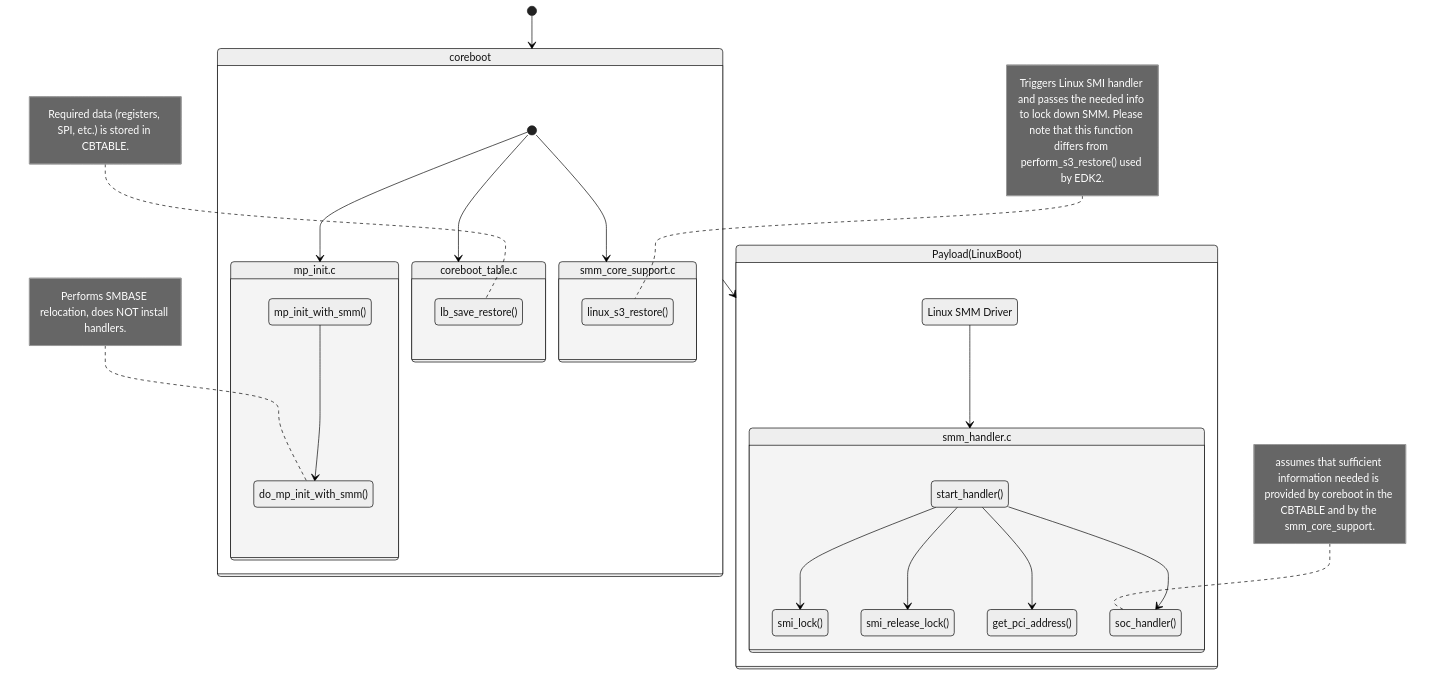
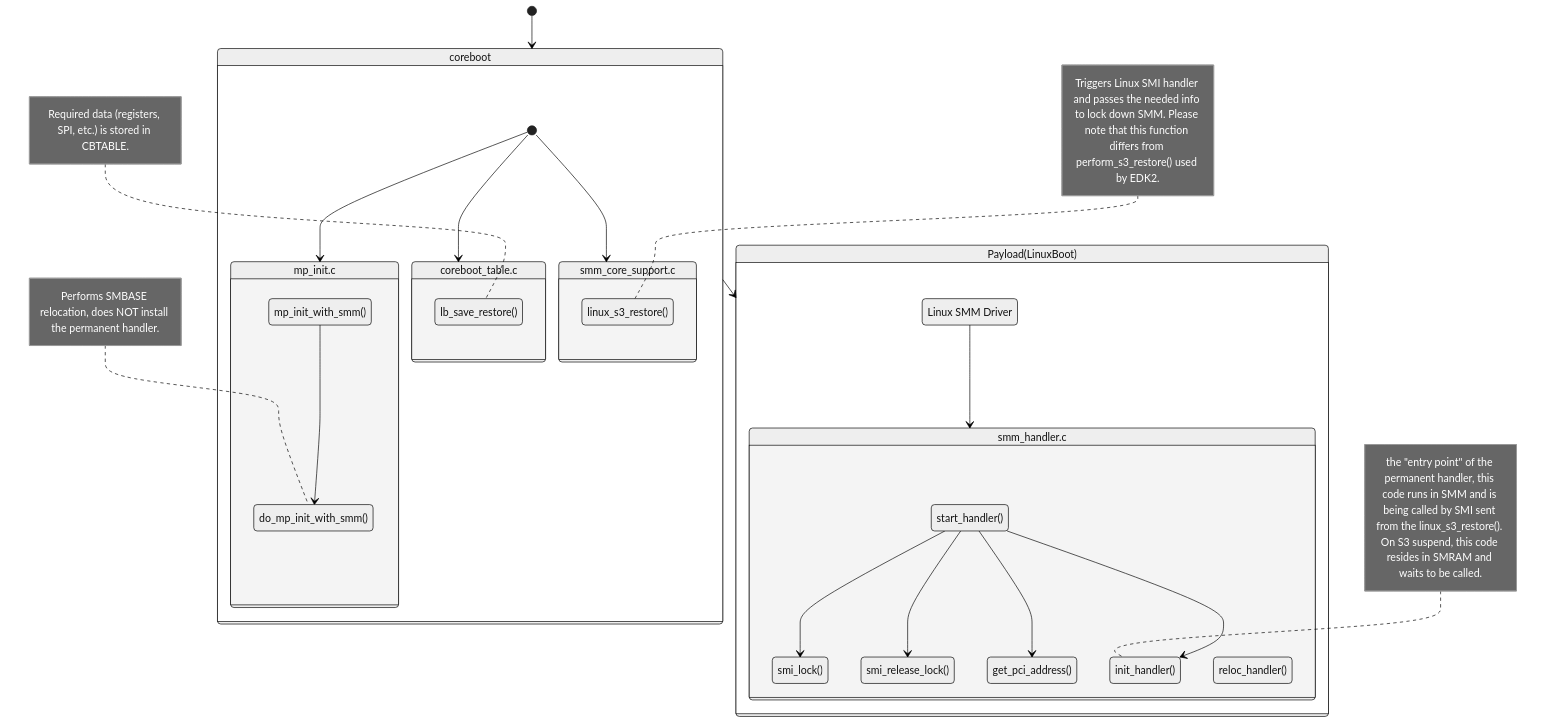
Before and after one commit to 9elements/LinuxBootSMM: the second of 2 diagrams in README.md, drawn with Mermaid (neutral theme). The commit also changed other lines of this file, not shown here.

First line of the commit message:
docs: updated diagrams

````diff
--- a/README.md
+++ b/README.md
@@ -296,35 +290,36 @@
 ```mermaid
 stateDiagram-v2
     [*] --> coreboot
     coreboot --> Payload(LinuxBoot)
     state coreboot {
         [*] --> mp_init.c
         [*] --> coreboot_table.c
         [*] --> smm_core_support.c
 
         state mp_init.c {
             mp_init_with_smm() --> do_mp_init_with_smm()
-            note left of do_mp_init_with_smm() : Performs SMBASE relocation, does NOT install handlers.
+            note left of do_mp_init_with_smm() : Performs SMBASE relocation, does NOT install the permanent handler.
         }
         state coreboot_table.c {
             lb_save_restore()
             note left of lb_save_restore() : Required data (registers, SPI, etc.) is stored in CBTABLE.
         }
         state smm_core_support.c {
             linux_s3_restore()
             note left of linux_s3_restore() : Triggers Linux SMI handler and passes the needed info to lock down SMM. Please note that this function differs from perform_s3_restore() used by EDK2.
         }
     }
 
     state Payload(LinuxBoot) {
         state "Linux SMM Driver" as payload
         payload --> smm_handler.c
         state smm_handler.c {
             start_handler() --> smi_lock()
             start_handler() --> smi_release_lock()
             start_handler() --> get_pci_address()
-            start_handler() --> soc_handler()
-            note left of soc_handler() : assumes that sufficient information needed is provided by coreboot in the CBTABLE and by the smm_core_support.
+            start_handler() --> init_handler()
+            note left of init_handler() : the "entry point" of the permanent handler, this code runs in SMM and is being called by SMI sent from the linux_s3_restore(). On S3 suspend, this code resides in SMRAM and waits to be called.
+            reloc_handler()
         }
     }
 ```
````
